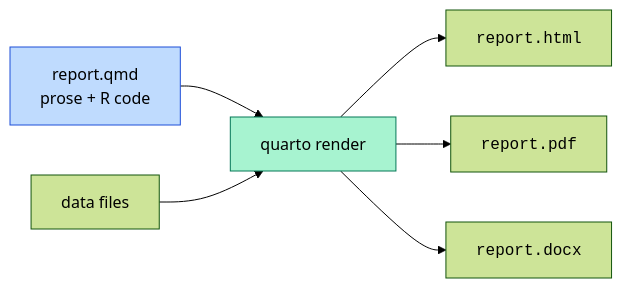
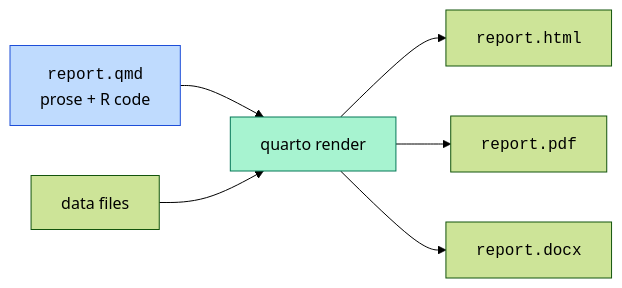
The second of 3 diagrams in content/learn/practical-r-for-beginners/reproducible-analysis.mdx (dataslope/dataslope), drawn with Mermaid (forest theme) before and after one commit. The commit also changed 100 other files, not shown here.

First line of the commit message:
Wrap more code in diagram labels: filenames, hex, assignments, subgraph titles

````diff
--- a/content/learn/practical-r-for-beginners/reproducible-analysis.mdx
+++ b/content/learn/practical-r-for-beginners/reproducible-analysis.mdx
@@ -164,10 +164,10 @@
 ```mermaid
 flowchart LR
-  Doc[report.qmd<br/>prose + R code] --> Render[quarto render]
+  Doc["<code>report.qmd</code><br/>prose + R code"] --> Render[quarto render]
   Data[data files] --> Render
   Render --> HTML["<code>report.html</code>"]
   Render --> PDF["<code>report.pdf</code>"]
   Render --> Word["<code>report.docx</code>"]
   style Doc fill:#bfdbfe,stroke:#1d4ed8
   style Render fill:#a7f3d0,stroke:#047857
 ```
````
